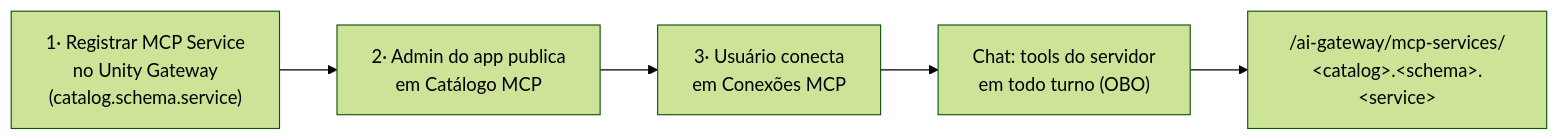
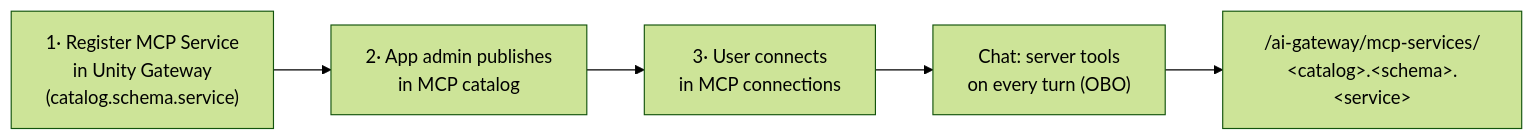
Before and after one commit to pedrotramos/ai-prism: the diagram in docs/mcp-connections.md, drawn with Mermaid (forest theme). The commit also changed other lines of this file and 18 other files, not shown here.

First line of the commit message:
docs(i18n): phase B — tags, fleet governance, MCP connections and threat model in EN/pt-BR/es; full README.es (W2-10)

````diff
--- a/docs/mcp-connections.md
+++ b/docs/mcp-connections.md
@@ -25,7 +28,7 @@
 ```mermaid
 flowchart LR
-    A["1· Registrar MCP Service<br/>no Unity Gateway<br/>(catalog.schema.service)"] --> B["2· Admin do app publica<br/>em Catálogo MCP"]
-    B --> C["3· Usuário conecta<br/>em Conexões MCP"]
-    C --> D["Chat: tools do servidor<br/>em todo turno (OBO)"]
+    A["1· Register MCP Service<br/>in Unity Gateway<br/>(catalog.schema.service)"] --> B["2· App admin publishes<br/>in MCP catalog"]
+    B --> C["3· User connects<br/>in MCP connections"]
+    C --> D["Chat: server tools<br/>on every turn (OBO)"]
     D --> E["/ai-gateway/mcp-services/<br/>&lt;catalog&gt;.&lt;schema&gt;.&lt;service&gt;"]
 ```
````
